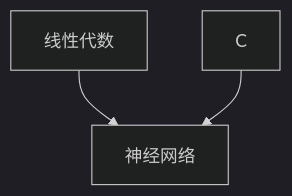
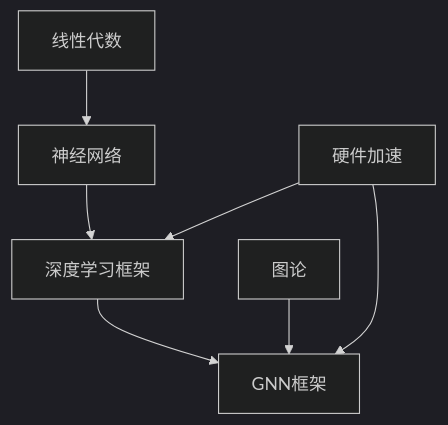
Before and after one commit to funny-Mr-zhi/GNN_playground: the diagram in Knowledge_base.md, drawn with Mermaid (dark theme). The commit also changed other lines of this file and 1 other file, not shown here.

Commit message:
7.7 01-基础-图论 + KB 图表示与GNN框架

````diff
--- a/Knowledge_base.md
+++ b/Knowledge_base.md
@@ -4,6 +4,15 @@
 ```mermaid
 flowchart TB;
-A[线性代数]-->B;
+A[线性代数];
 B[神经网络];
-C-->B
+C[深度学习框架];
+D[硬件加速];
+E[图论];
+F[GNN框架];
+A-->B;
+B-->C
+D-->C
+D-->F
+E-->F
+C-->F
 ```
````
